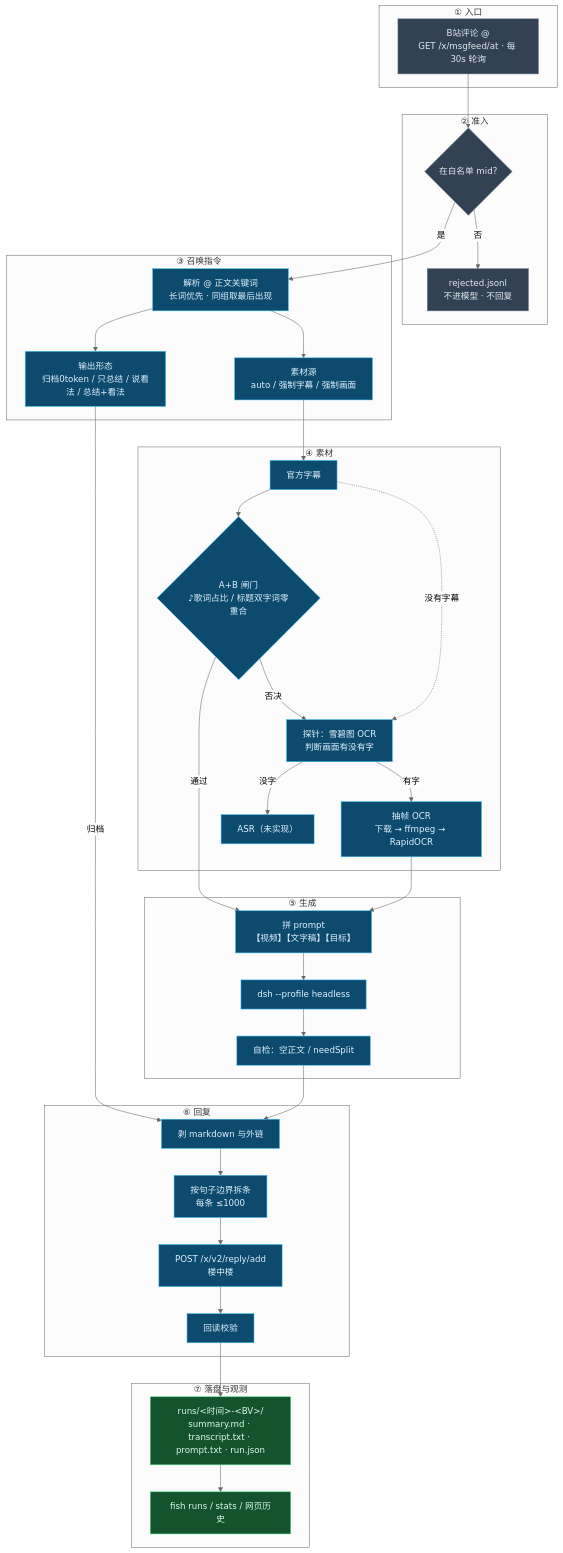
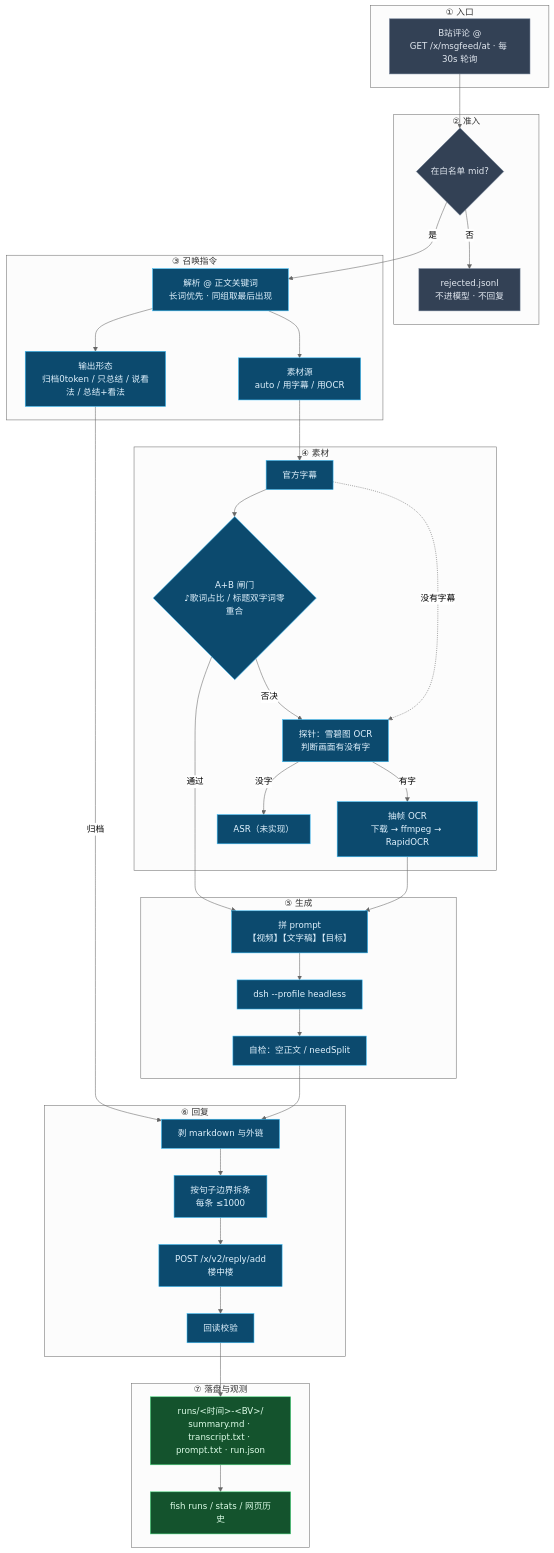
The diagram in README.md (miopasss/dsh-bili-fish), drawn with Mermaid (neutral theme) before and after one commit. The commit also changed other lines of this file and 11 other files, not shown here.

````diff
--- a/README.md
+++ b/README.md
@@ -202,69 +235,69 @@
 ```mermaid
 flowchart TD
     subgraph S1["① 入口"]
         A1["B站评论 @<br/>GET /x/msgfeed/at · 每 30s 轮询"]
     end
 
     subgraph S2["② 准入"]
         B1{"在白名单 mid?"}
         B2["rejected.jsonl<br/>不进模型 · 不回复"]
     end
 
     subgraph S3["③ 召唤指令"]
         C1["解析 @ 正文关键词<br/>长词优先 · 同组取最后出现"]
-        C2["素材源<br/>auto / 强制字幕 / 强制画面"]
+        C2["素材源<br/>auto / 用字幕 / 用OCR"]
         C3["输出形态<br/>归档0token / 只总结 / 说看法 / 总结+看法"]
     end
 
     subgraph S4["④ 素材"]
         D1["官方字幕"]
         D2{"A+B 闸门<br/>♪歌词占比 / 标题双字词零重合"}
         D3["探针：雪碧图 OCR<br/>判断画面有没有字"]
         D4["抽帧 OCR<br/>下载 → ffmpeg → RapidOCR"]
         D5["ASR（未实现）"]
     end
 
     subgraph S5["⑤ 生成"]
         E1["拼 prompt<br/>【视频】【文字稿】【目标】"]
         E2["dsh --profile headless"]
         E3["自检：空正文 / needSplit"]
     end
 
     subgraph S6["⑥ 回复"]
         F1["剥 markdown 与外链"]
         F2["按句子边界拆条<br/>每条 ≤1000"]
         F3["POST /x/v2/reply/add<br/>楼中楼"]
         F4["回读校验"]
     end
 
     subgraph S7["⑦ 落盘与观测"]
         G1["runs/&lt;时间&gt;-&lt;BV&gt;/<br/>summary.md · transcript.txt · prompt.txt · run.json"]
         G2["fish runs / stats / 网页历史"]
     end
 
     A1 --> B1
     B1 -- 否 --> B2
     B1 -- 是 --> C1
     C1 --> C2
     C1 --> C3
     C2 --> D1
     D1 --> D2
     D2 -- 通过 --> E1
     D2 -- 否决 --> D3
     D1 -. 没有字幕 .-> D3
     D3 -- 有字 --> D4
     D3 -- 没字 --> D5
     D4 --> E1
     C3 -- 归档 --> F1
     E1 --> E2 --> E3 --> F1
     F1 --> F2 --> F3 --> F4
     F4 --> G1
     G1 --> G2
 
     classDef entry fill:#334155,stroke:#64748b,color:#e2e8f0
     classDef proc fill:#0c4a6e,stroke:#38bdf8,color:#e0f2fe
     classDef store fill:#14532d,stroke:#4ade80,color:#dcfce7
     class A1,B1,B2 entry
     class C1,C2,C3,D1,D2,D3,D4,D5,E1,E2,E3,F1,F2,F3,F4 proc
     class G1,G2 store
 ```
````
